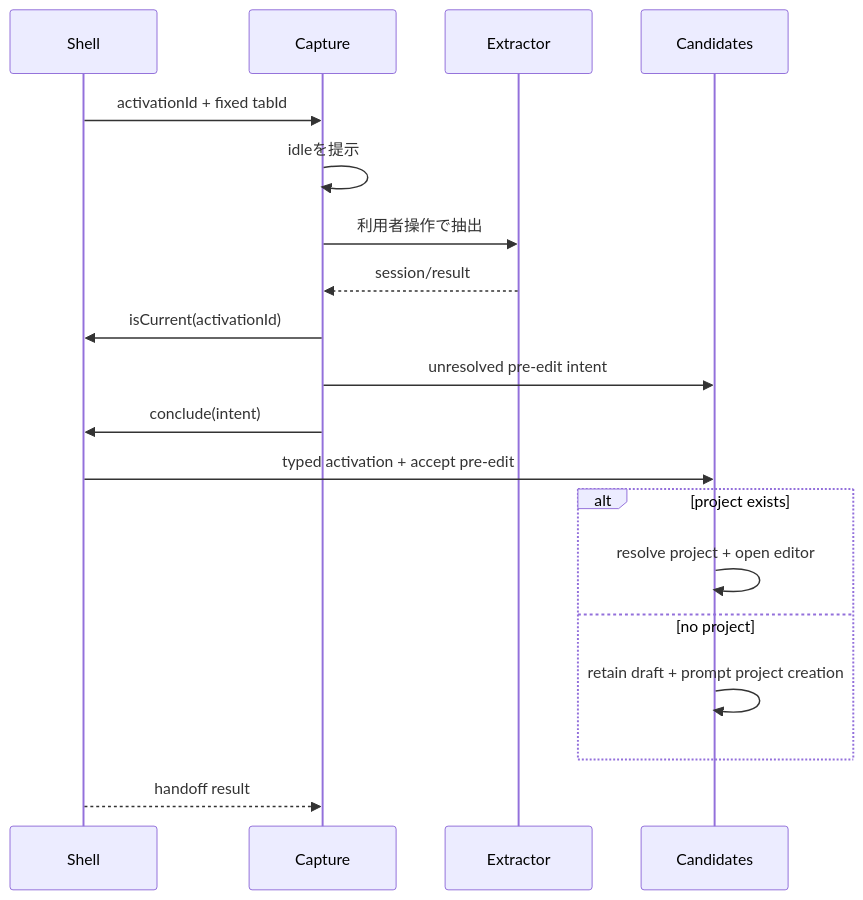
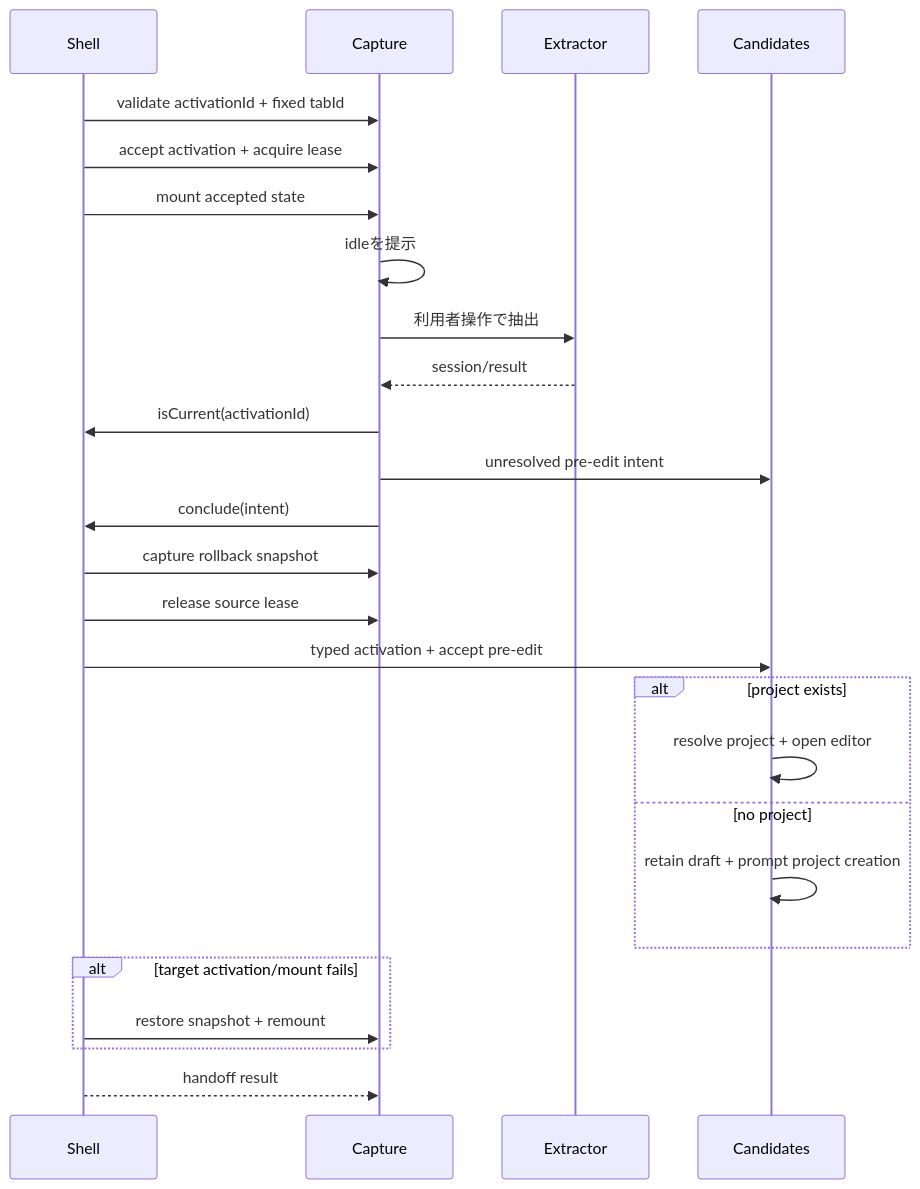
Before and after one commit to Huruikagi/pc-build-planner: the diagram in .kiro/specs/product-capture-transient-migration/design.md, drawn with Mermaid. The commit also changed other lines of this file, not shown here.

Commit message:
docs(product-capture-transient-migration): sync transient lifecycle design

````diff
--- a/.kiro/specs/product-capture-transient-migration/design.md
+++ b/.kiro/specs/product-capture-transient-migration/design.md
@@ -89,22 +99,29 @@
 ```mermaid
 sequenceDiagram
     participant Shell
     participant Capture
     participant Extractor
     participant Candidates
 
-    Shell->>Capture: activationId + fixed tabId
+    Shell->>Capture: validate activationId + fixed tabId
+    Shell->>Capture: accept activation + acquire lease
+    Shell->>Capture: mount accepted state
     Capture->>Capture: idleを提示
     Capture->>Extractor: 利用者操作で抽出
     Extractor-->>Capture: session/result
     Capture->>Shell: isCurrent(activationId)
     Capture->>Candidates: unresolved pre-edit intent
     Capture->>Shell: conclude(intent)
+    Shell->>Capture: capture rollback snapshot
+    Shell->>Capture: release source lease
     Shell->>Candidates: typed activation + accept pre-edit
     alt project exists
         Candidates->>Candidates: resolve project + open editor
     else no project
         Candidates->>Candidates: retain draft + prompt project creation
     end
+    alt target activation/mount fails
+        Shell->>Capture: restore snapshot + remount
+    end
     Shell-->>Capture: handoff result
 ```
````
